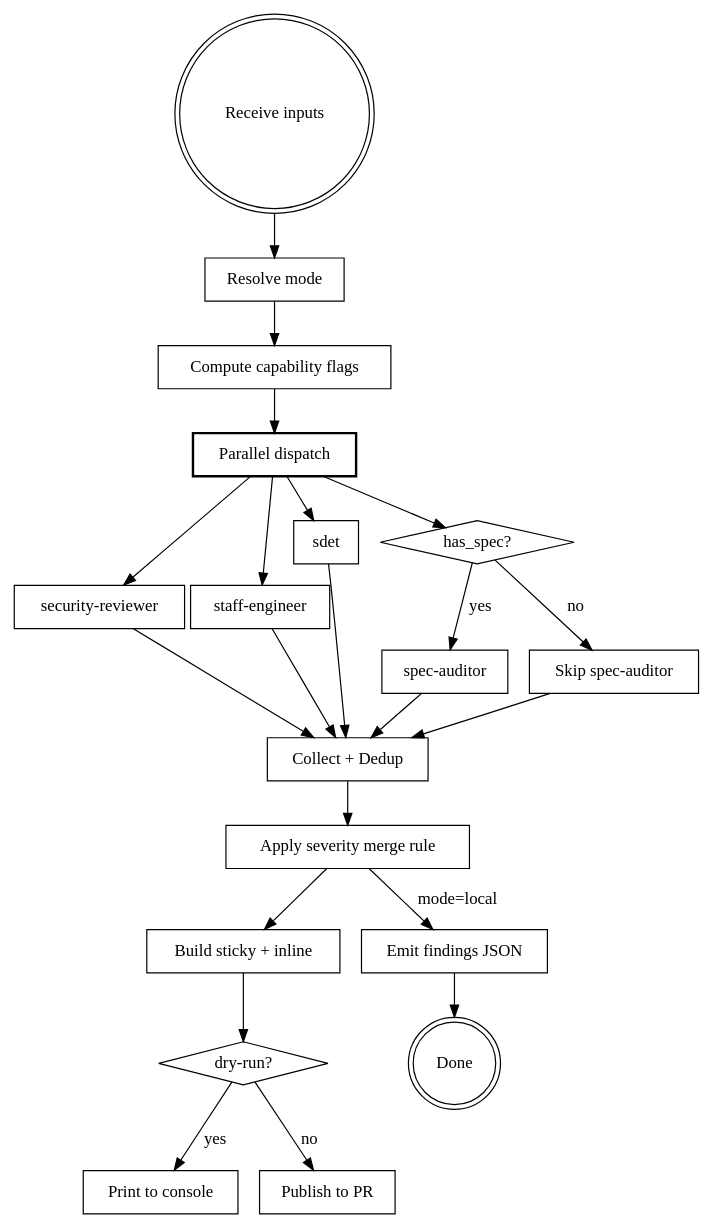
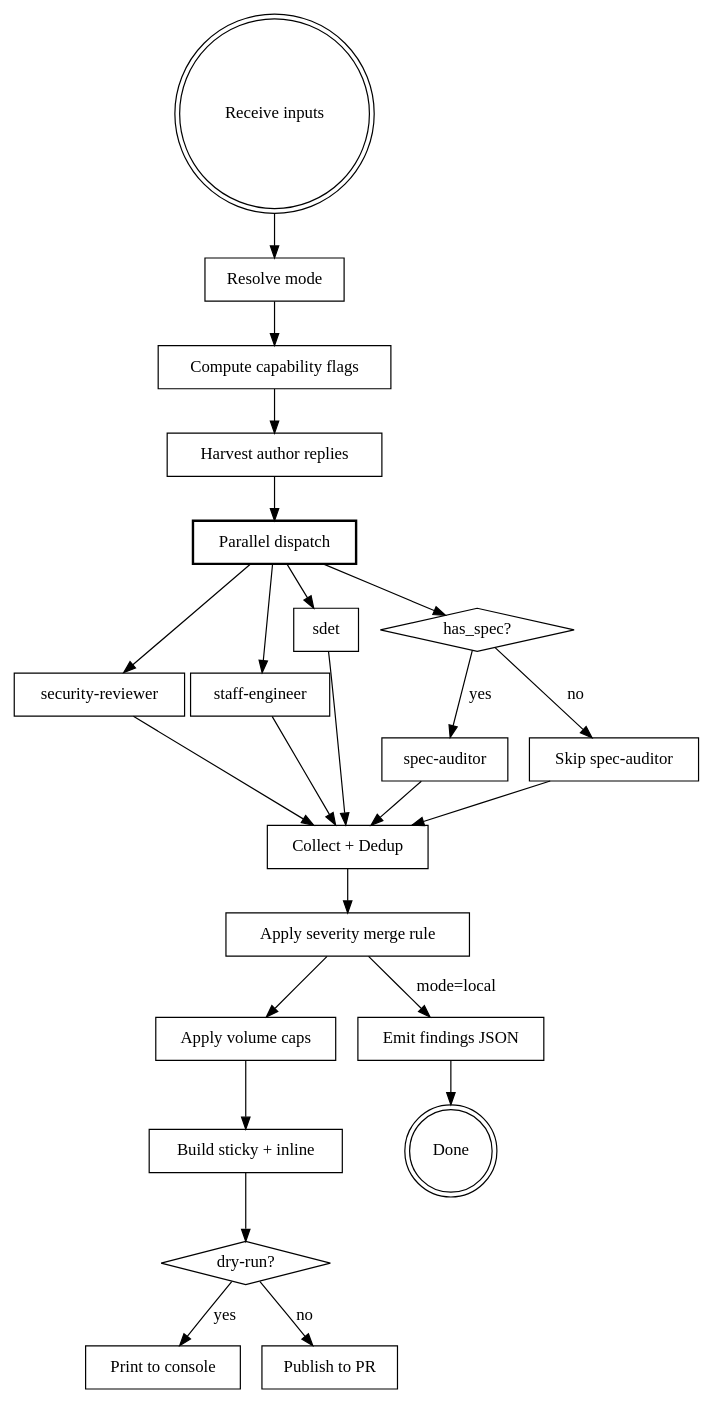
Before and after one commit to kirkchen/cadence: the first of 3 diagrams in skills/pr-review/SKILL.md, drawn with Graphviz. The commit also changed other lines of this file and 4 other files, not shown here.

````diff
--- a/skills/pr-review/SKILL.md
+++ b/skills/pr-review/SKILL.md
@@ -74,45 +74,49 @@
 ```dot
 digraph pr_review {
     "Receive inputs" [shape=doublecircle];
     "Resolve mode" [shape=box];
     "Compute capability flags" [shape=box];
+    "Harvest author replies" [shape=box];
+    "Apply volume caps" [shape=box];
     "Parallel dispatch" [shape=box, style=bold];
     "security-reviewer" [shape=box];
     "staff-engineer" [shape=box];
     "sdet" [shape=box];
     "has_spec?" [shape=diamond];
     "spec-auditor" [shape=box];
     "Skip spec-auditor" [shape=box];
     "Collect + Dedup" [shape=box];
     "Apply severity merge rule" [shape=box];
     "Build sticky + inline" [shape=box];
     "dry-run?" [shape=diamond];
     "Print to console" [shape=box];
     "Publish to PR" [shape=box];
     "Done" [shape=doublecircle];
 
     "Receive inputs" -> "Resolve mode";
     "Resolve mode" -> "Compute capability flags";
-    "Compute capability flags" -> "Parallel dispatch";
+    "Compute capability flags" -> "Harvest author replies";
+    "Harvest author replies" -> "Parallel dispatch";
     "Parallel dispatch" -> "security-reviewer";
     "Parallel dispatch" -> "staff-engineer";
     "Parallel dispatch" -> "sdet";
     "Parallel dispatch" -> "has_spec?";
     "has_spec?" -> "spec-auditor" [label="yes"];
     "has_spec?" -> "Skip spec-auditor" [label="no"];
     "security-reviewer" -> "Collect + Dedup";
     "staff-engineer" -> "Collect + Dedup";
     "sdet" -> "Collect + Dedup";
     "spec-auditor" -> "Collect + Dedup";
     "Skip spec-auditor" -> "Collect + Dedup";
     "Collect + Dedup" -> "Apply severity merge rule";
-    "Apply severity merge rule" -> "Build sticky + inline";
+    "Apply severity merge rule" -> "Apply volume caps";
+    "Apply volume caps" -> "Build sticky + inline";
     "Build sticky + inline" -> "dry-run?";
     "dry-run?" -> "Print to console" [label="yes"];
     "dry-run?" -> "Publish to PR" [label="no"];
 
     "Apply severity merge rule" -> "Emit findings JSON" [label="mode=local"];
     "Emit findings JSON" [shape=box];
     "Emit findings JSON" -> "Done";
 }
 ```
````
